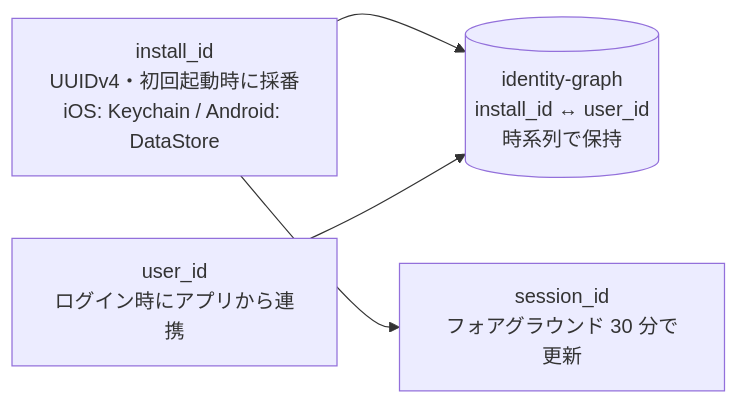
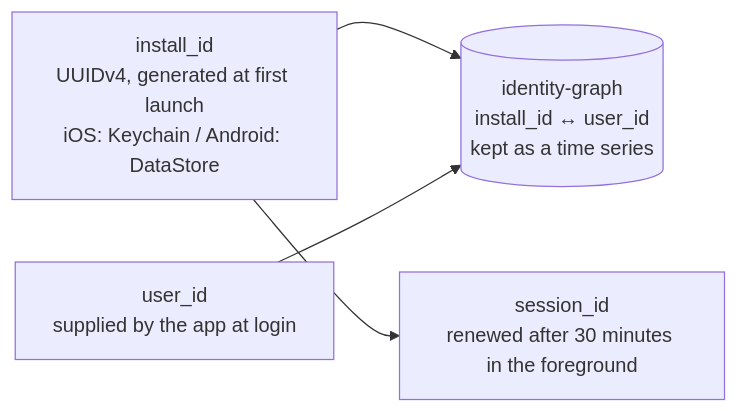
One commit to 0x0c/bakuchi changed the fifth of 5 diagrams in docs/02-architecture.md. Above: the diagram before and after it, drawn with Mermaid. The commit also changed other lines of this file and 37 other files, not shown here.

````diff
--- a/docs/02-architecture.md
+++ b/docs/02-architecture.md
@@ -205,11 +222,11 @@
 ```mermaid
 flowchart LR
-    inst["install_id<br/>UUIDv4・初回起動時に採番<br/>iOS: Keychain / Android: DataStore"]
-    user["user_id<br/>ログイン時にアプリから連携"]
-    sess["session_id<br/>フォアグラウンド 30 分で更新"]
-    stitch[("identity-graph<br/>install_id ↔ user_id<br/>時系列で保持")]
+    inst["install_id<br/>UUIDv4, generated at first launch<br/>iOS: Keychain / Android: DataStore"]
+    user["user_id<br/>supplied by the app at login"]
+    sess["session_id<br/>renewed after 30 minutes in the foreground"]
+    stitch[("identity-graph<br/>install_id ↔ user_id<br/>kept as a time series")]
 
     inst --> stitch
     user --> stitch
     inst --> sess
 ```
````
